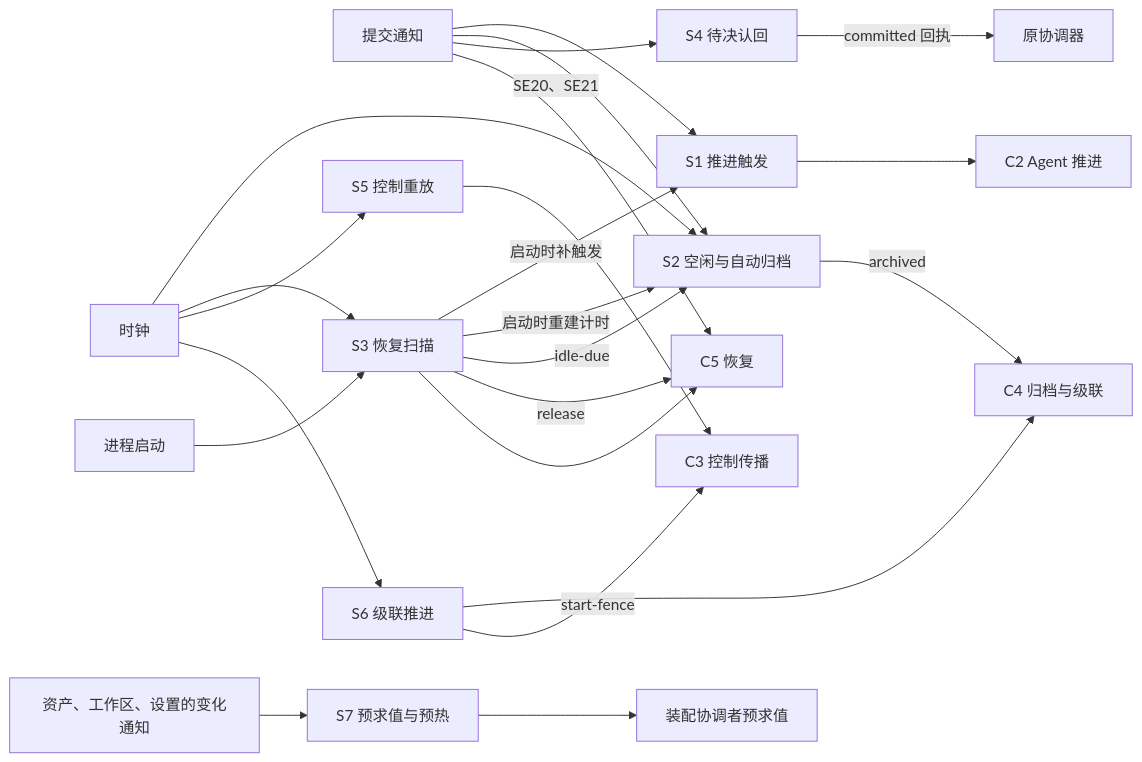
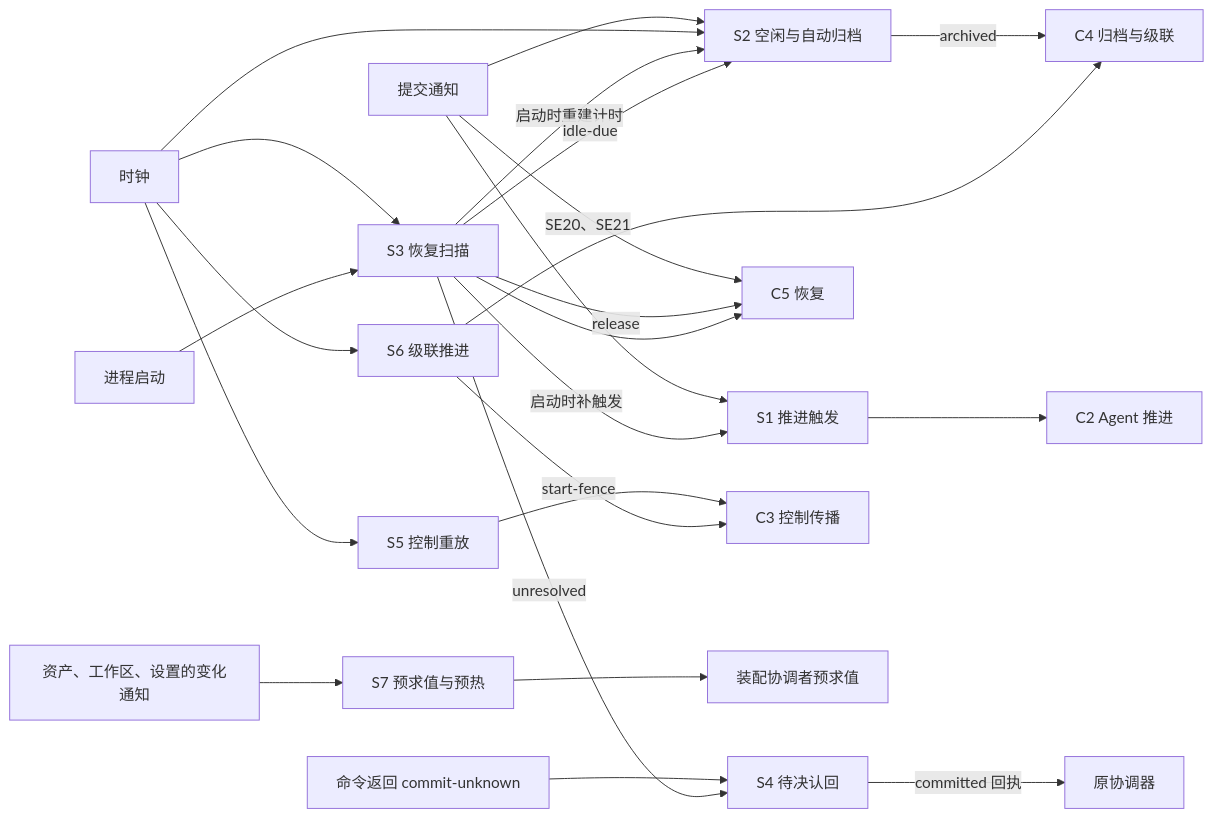
One commit to nemori-ai/omne-harness-lite changed diagram 11 of 17 in packages/session/session/docs/flows.md. Above: the diagram before and after it, drawn with Mermaid. The commit also changed other lines of this file and 29 other files, not shown here.

````diff
--- a/packages/session/session/docs/flows.md
+++ b/packages/session/session/docs/flows.md
@@ -297,25 +297,26 @@
 ```mermaid
 flowchart LR
     N[提交通知] --> S1[S1 推进触发]
     N --> S2[S2 空闲与自动归档]
-    N --> S4[S4 待决认回]
     N -->|SE20、SE21| C5[C5 恢复]
+    CU[命令返回 commit-unknown] --> S4[S4 待决认回]
     T[时钟] --> S2
     T --> S3[S3 恢复扫描]
     T --> S5[S5 控制重放]
     T --> S6[S6 级联推进]
     V[资产、工作区、设置的变化通知] --> S7[S7 预求值与预热]
     Boot[进程启动] --> S3
     S3 -->|启动时补触发| S1
     S3 -->|启动时重建计时| S2
     S3 -->|idle-due| S2
     S3 -->|release| C5
+    S3 -->|unresolved| S4
     S1 --> C2[C2 Agent 推进]
     S2 -->|archived| C4[C4 归档与级联]
     S3 --> C5
     S4 -->|committed 回执| Orig[原协调器]
     S5 --> C3[C3 控制传播]
     S6 --> C4
     S6 -->|start-fence| C3
     S7 --> Asm[装配协调者预求值]
 ```
````
